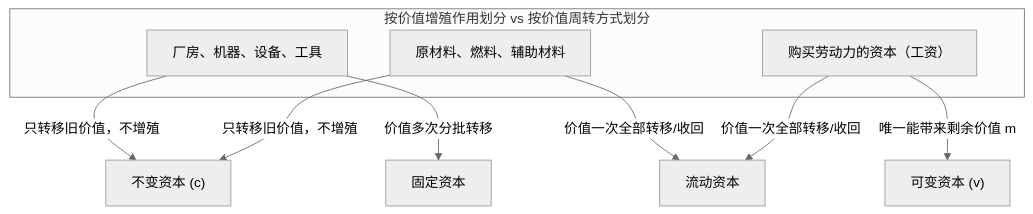
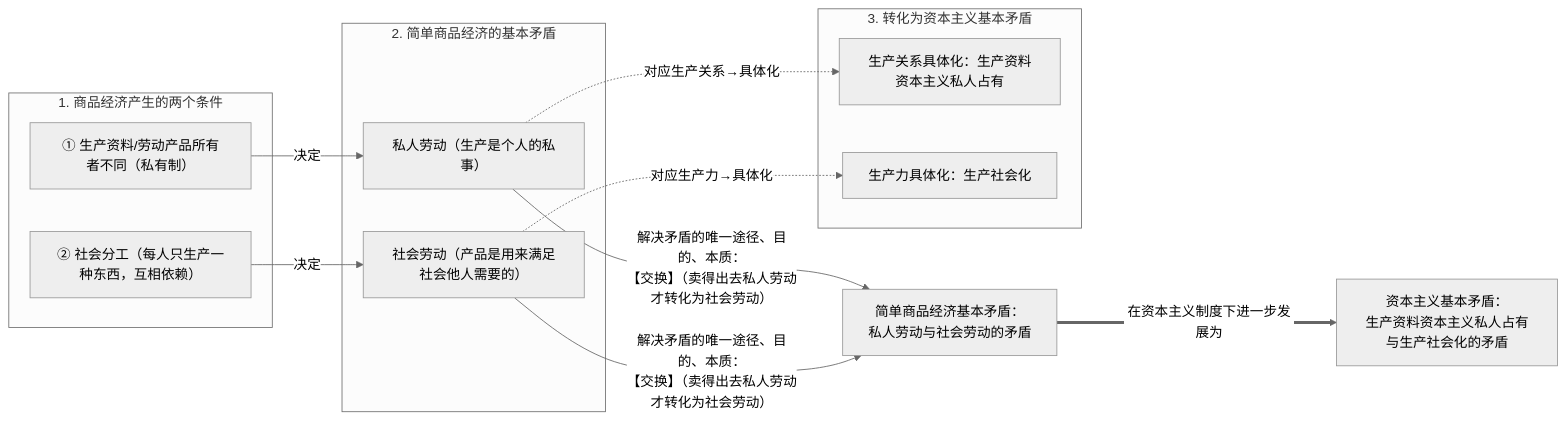
Before and after one commit to Treasoni/kaoyan: the third of 3 diagrams in 考研政治/1-马原/07-政治经济学（上）.md, drawn with Mermaid (neutral theme). The commit also changed other lines of this file, not shown here.

````diff
--- a/考研政治/1-马原/07-政治经济学（上）.md
+++ b/考研政治/1-马原/07-政治经济学（上）.md
@@ -108,12 +130,21 @@
 ```mermaid
-graph TD
-    subgraph "按价值增殖作用划分 vs 按价值周转方式划分"
-        C1["厂房、机器、设备、工具"]
-        C2["原材料、燃料、辅助材料"]
-        V1["购买劳动力的资本（工资）"]
+graph LR
+    subgraph "1. 商品经济产生的两个条件"
+        A1["① 生产资料/劳动产品所有者不同（私有制）"]
+        A2["② 社会分工（每人只生产一种东西，互相依赖）"]
     end
-    C1 & C2 -->|"只转移旧价值，不增殖"| IC["不变资本 (c)"]
-    V1 -->|"唯一能带来剩余价值 m"| VC["可变资本 (v)"]
-    C1 -->|"价值多次分批转移"| FC["固定资本"]
-    C2 & V1 -->|"价值一次全部转移/收回"| LC["流动资本"]
+    subgraph "2. 简单商品经济的基本矛盾"
+        B1["私人劳动（生产是个人的私事）"]
+        B2["社会劳动（产品是用来满足社会他人需要的）"]
+    end
+    subgraph "3. 转化为资本主义基本矛盾"
+        C1["生产关系具体化：生产资料资本主义私人占有"]
+        C2["生产力具体化：生产社会化"]
+    end
+    A1 -->|"决定"| B1
+    A2 -->|"决定"| B2
+    B1 & B2 -->|"解决矛盾的唯一途径、目的、本质：<br>【交换】（卖得出去私人劳动才转化为社会劳动）"| M["简单商品经济基本矛盾：<br>私人劳动与社会劳动的矛盾"]
+    B1 -.->|"对应生产关系→具体化"| C1
+    B2 -.->|"对应生产力→具体化"| C2
+    M ===>|"在资本主义制度下进一步发展为"| CM["资本主义基本矛盾：<br>生产资料资本主义私人占有与生产社会化的矛盾"]
 ```
````
